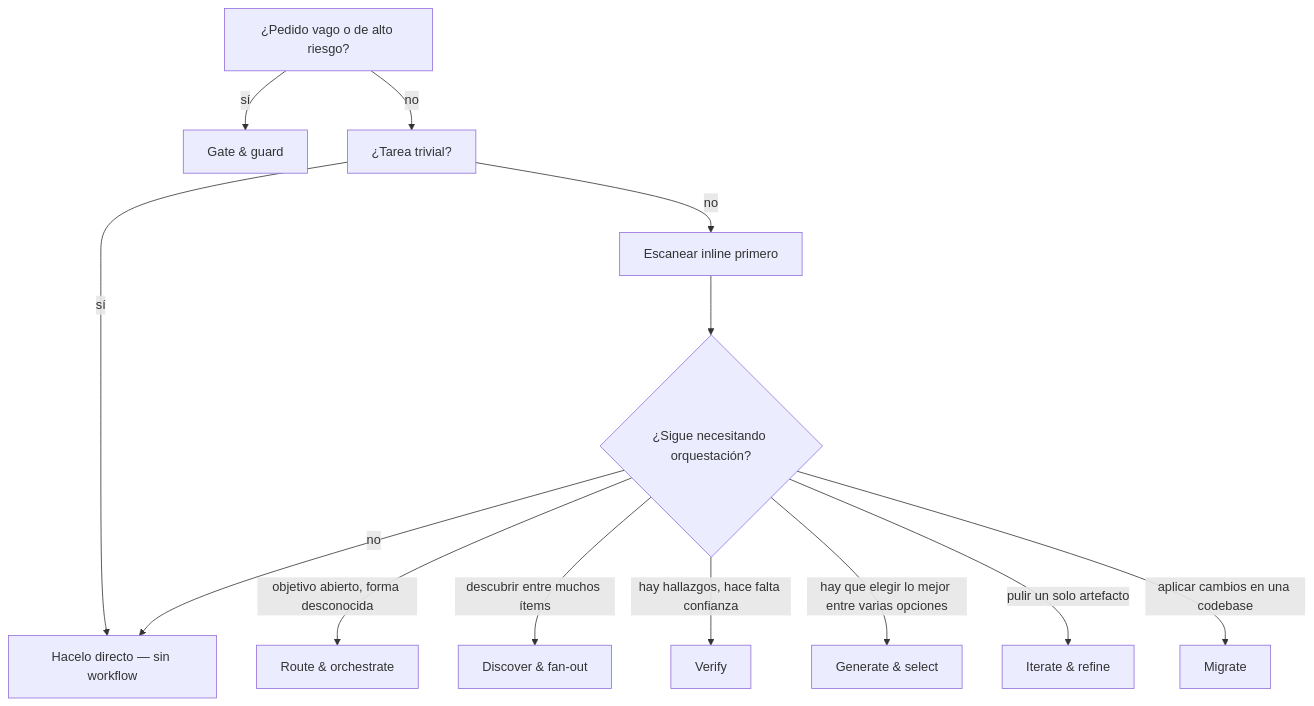
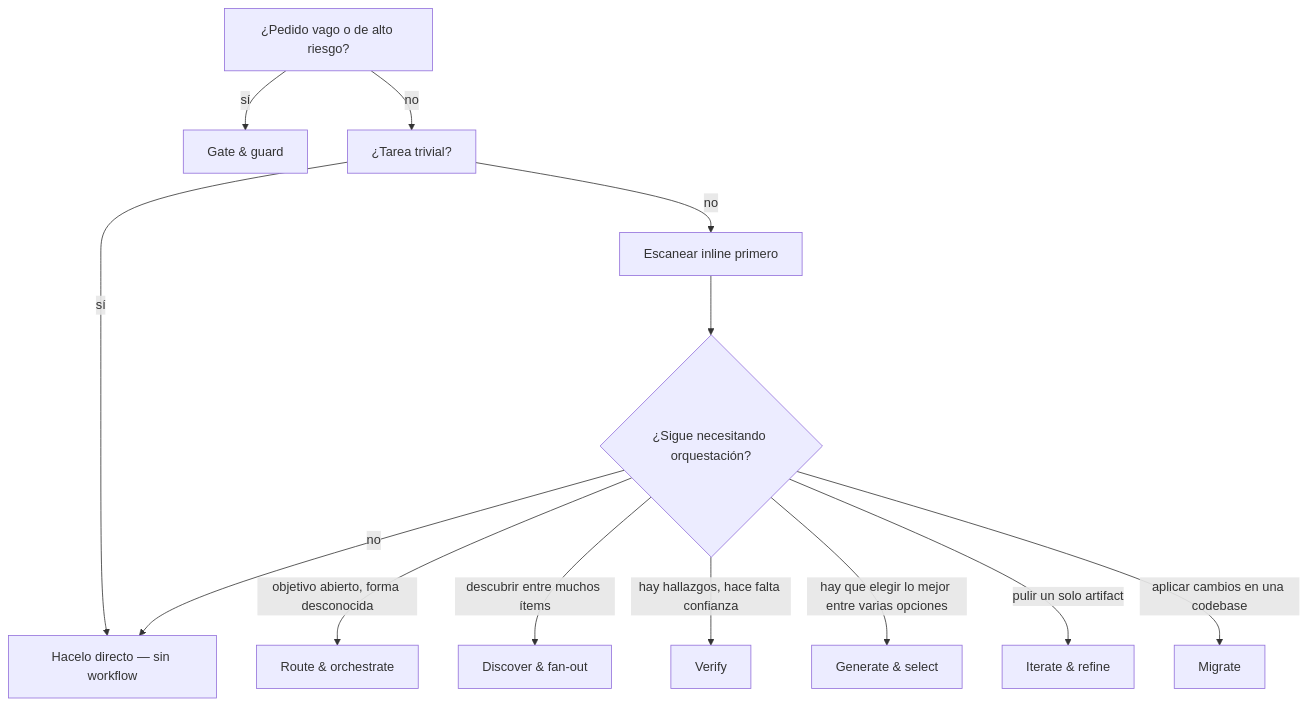
The diagram in docs/handbooks/workflow-catalog.md (andrestobelem/pandi-extensions), drawn with Mermaid before and after one commit. The commit also changed other lines of this file and 40 other files, not shown here.

Commit message:
refactor(repo): canonicalize artefacto to artifact in prose, comments and strings

````diff
--- a/docs/handbooks/workflow-catalog.md
+++ b/docs/handbooks/workflow-catalog.md
@@ -26,15 +26,15 @@
 ```mermaid
 flowchart TD
     A[¿Pedido vago o de alto riesgo?] -->|sí| B[Gate & guard]
     A -->|no| C[¿Tarea trivial?]
     C -->|sí| D[Hacelo directo — sin workflow]
     C -->|no| E[Escanear inline primero]
     E --> F{¿Sigue necesitando orquestación?}
     F -->|no| D
     F -->|objetivo abierto, forma desconocida| G[Route & orchestrate]
     F -->|descubrir entre muchos ítems| H[Discover & fan-out]
     F -->|hay hallazgos, hace falta confianza| I[Verify]
     F -->|hay que elegir lo mejor entre varias opciones| J[Generate & select]
-    F -->|pulir un solo artefacto| K[Iterate & refine]
+    F -->|pulir un solo artifact| K[Iterate & refine]
     F -->|aplicar cambios en una codebase| L[Migrate]
 ```
````
